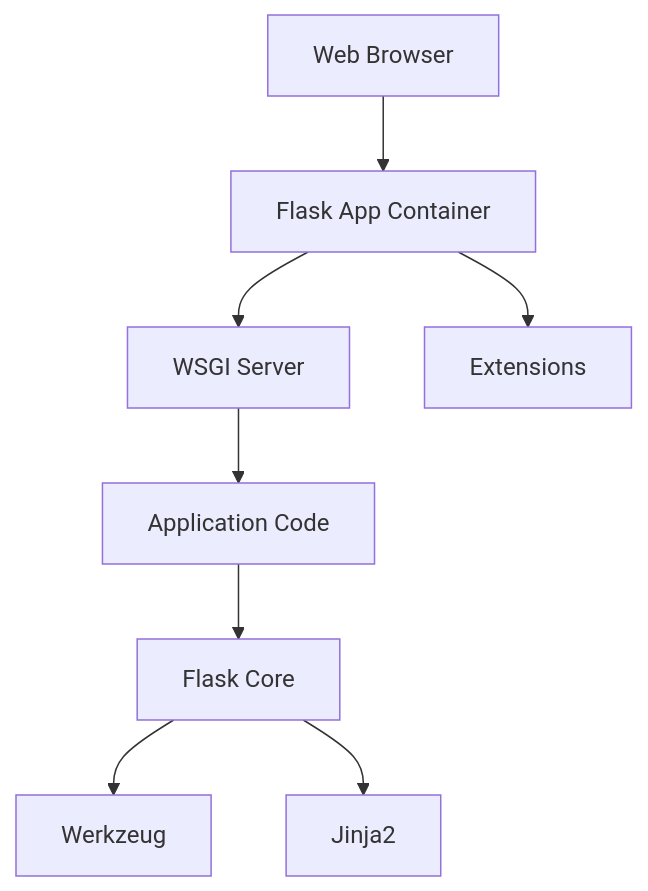
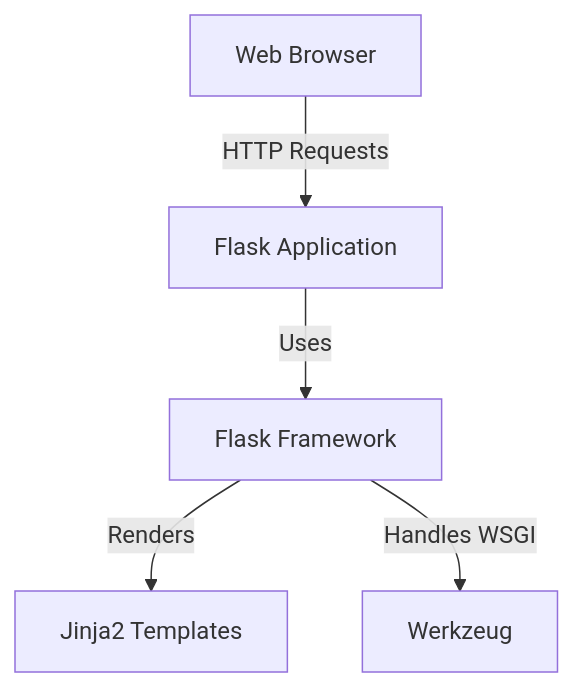
The second of 4 diagrams in examples/github-sec-design-flask-deepseekdeepseek-r1.md (xvnpw/ai-security-analyzer), drawn with Mermaid before and after one commit. The commit also changed other lines of this file and 11 other files, not shown here.

````diff
--- a/examples/github-sec-design-flask-deepseekdeepseek-r1.md
+++ b/examples/github-sec-design-flask-deepseekdeepseek-r1.md
@@ -62,10 +66,7 @@
 ```mermaid
 graph TD
-    A[Web Browser] --> B[Flask App Container]
-    B --> C[WSGI Server]
-    C --> D[Application Code]
-    D --> E[Flask Core]
-    E --> F[Werkzeug]
-    E --> G[Jinja2]
-    B --> H[Extensions]
+  A[Web Browser] -->|HTTP Requests| B[Flask Application]
+  B -->|Uses| C[Flask Framework]
+  C -->|Renders| D[Jinja2 Templates]
+  C -->|Handles WSGI| E[Werkzeug]
 ```
````
